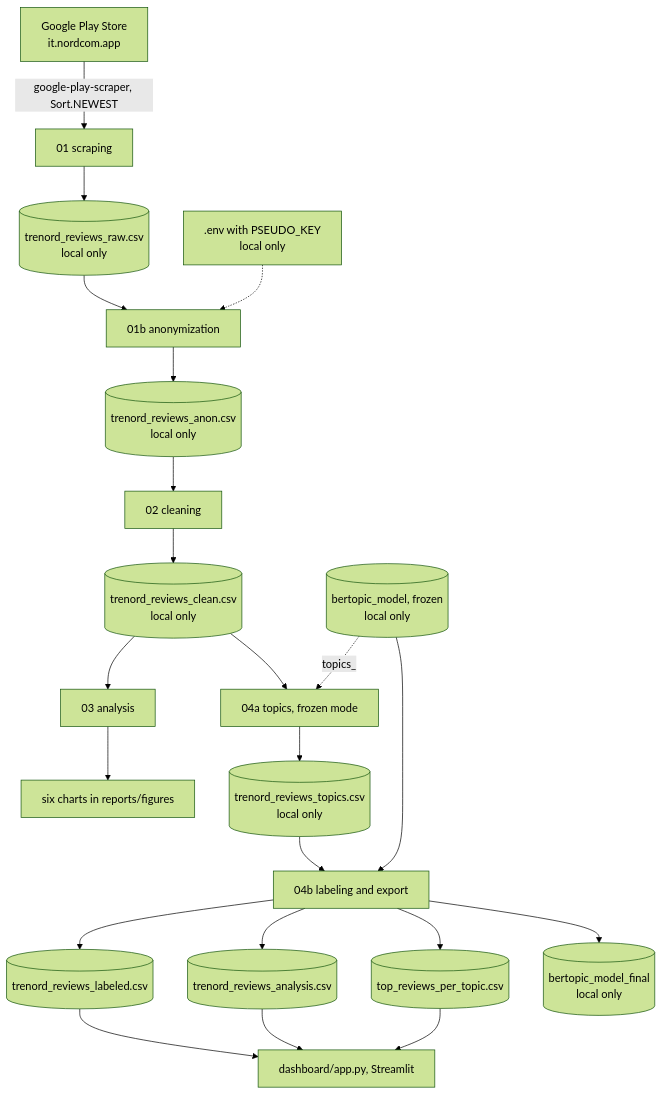
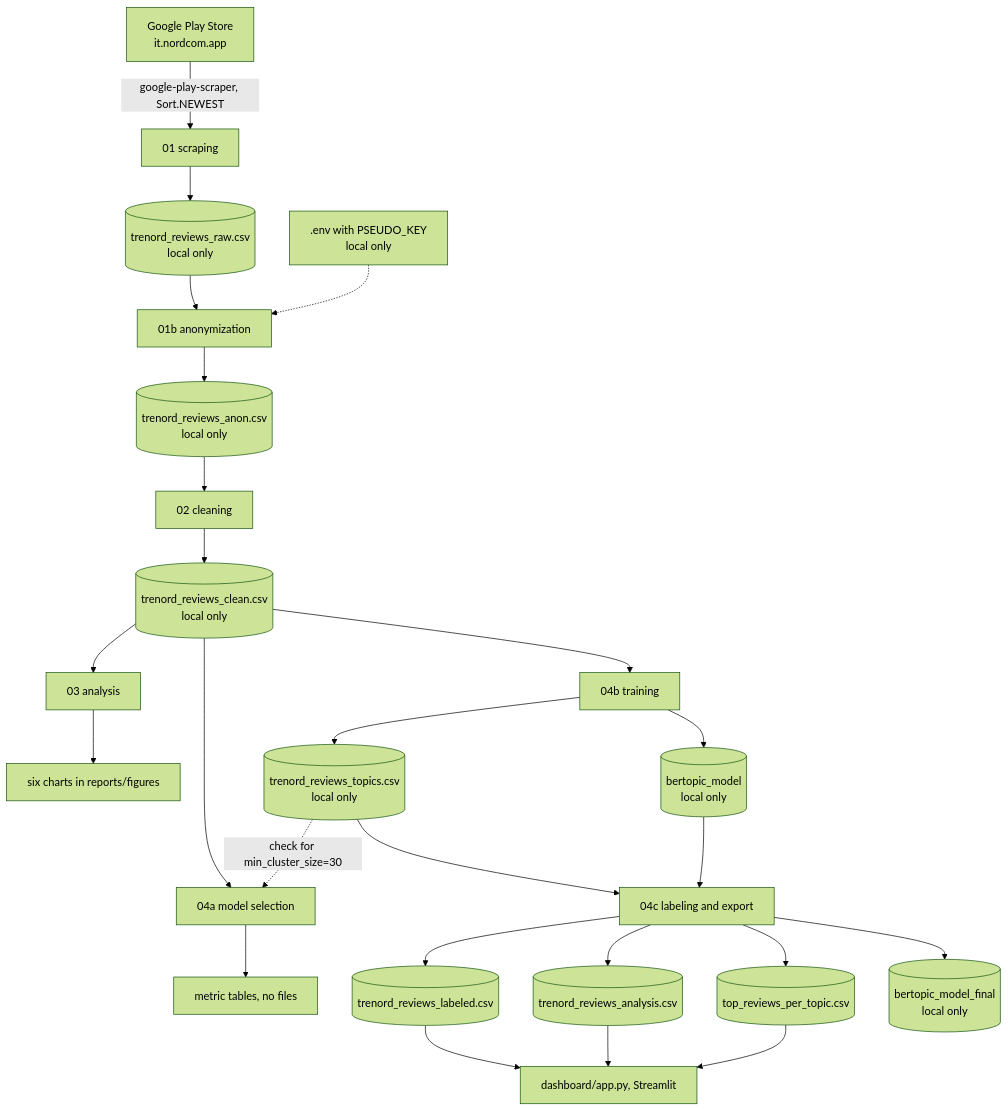
Before and after one commit to paolotroia-datavizlab/trenord-reviews-bertopic: the diagram in docs/architecture.md, drawn with Mermaid (forest theme). The commit also changed other lines of this file and 23 other files, not shown here.

First line of the commit message:
Retrain topic model, add model selection notebook and new labeling

````diff
--- a/docs/architecture.md
+++ b/docs/architecture.md
@@ -32,24 +33,27 @@
 ```mermaid
 flowchart TD
     PS["Google Play Store<br/>it.nordcom.app"] -->|"google-play-scraper, Sort.NEWEST"| N01["01 scraping"]
     N01 --> RAW[("trenord_reviews_raw.csv<br/>local only")]
     RAW --> N01b["01b anonymization"]
     ENV[".env with PSEUDO_KEY<br/>local only"] -.-> N01b
     N01b --> ANON[("trenord_reviews_anon.csv<br/>local only")]
     ANON --> N02["02 cleaning"]
     N02 --> CLEAN[("trenord_reviews_clean.csv<br/>local only")]
     CLEAN --> N03["03 analysis"]
     N03 --> PNG["six charts in reports/figures"]
-    CLEAN --> N04a["04a topics, frozen mode"]
-    N04a --> TOPICS[("trenord_reviews_topics.csv<br/>local only")]
-    MODEL[("bertopic_model, frozen<br/>local only")] -.->|"topics_"| N04a
-    TOPICS --> N04b["04b labeling and export"]
-    MODEL --> N04b
-    N04b --> LAB[("trenord_reviews_labeled.csv")]
-    N04b --> ANA[("trenord_reviews_analysis.csv")]
-    N04b --> TOP[("top_reviews_per_topic.csv")]
-    N04b --> FINAL[("bertopic_model_final<br/>local only")]
+    CLEAN --> N04a["04a model selection"]
+    N04a --> TABLES["metric tables, no files"]
+    CLEAN --> N04b["04b training"]
+    N04b --> TOPICS[("trenord_reviews_topics.csv<br/>local only")]
+    N04b --> MODEL[("bertopic_model<br/>local only")]
+    TOPICS -.->|"check for min_cluster_size=30"| N04a
+    TOPICS --> N04c["04c labeling and export"]
+    MODEL --> N04c
+    N04c --> LAB[("trenord_reviews_labeled.csv")]
+    N04c --> ANA[("trenord_reviews_analysis.csv")]
+    N04c --> TOP[("top_reviews_per_topic.csv")]
+    N04c --> FINAL[("bertopic_model_final<br/>local only")]
     LAB --> DASH["dashboard/app.py, Streamlit"]
     ANA --> DASH
     TOP --> DASH
 ```
````
